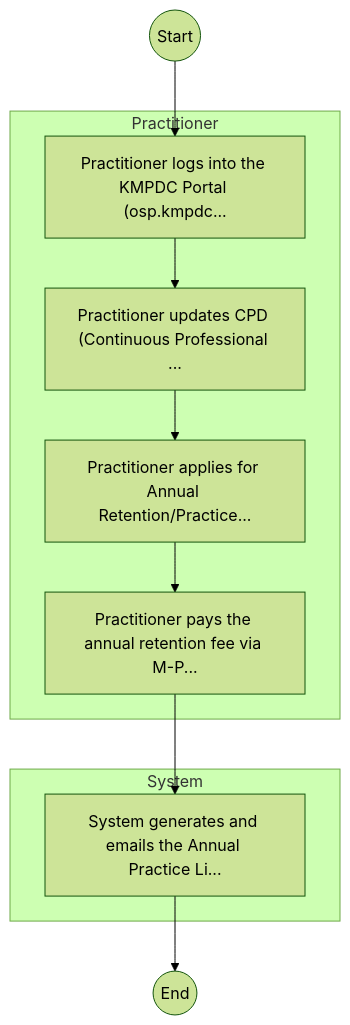
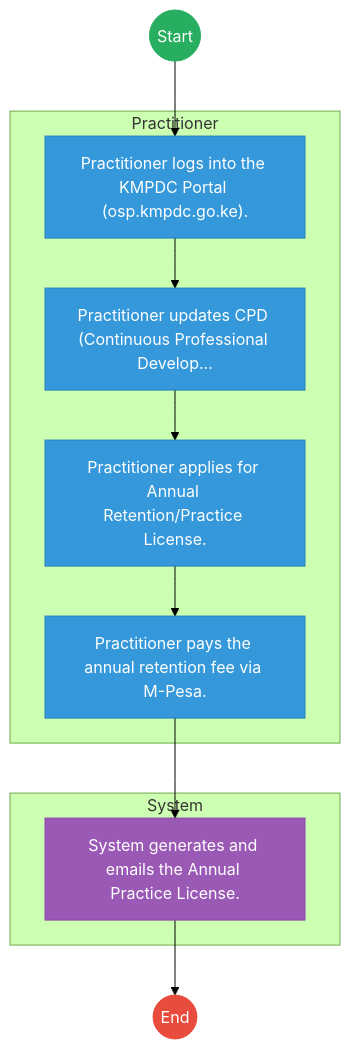
Before and after one commit to BITZ-IT-Consulting-LTD/ictapoc: the first of 2 diagrams in mdas/docs_final/Kenya_Medical_Practitioners_and_Dentists_Council___Service_Delivery.md, drawn with Mermaid (forest theme). The commit also changed other lines of this file and 461 other files, not shown here.

````diff
--- a/mdas/docs_final/Kenya_Medical_Practitioners_and_Dentists_Council___Service_Delivery.md
+++ b/mdas/docs_final/Kenya_Medical_Practitioners_and_Dentists_Council___Service_Delivery.md
@@ -20,18 +20,30 @@
 ```mermaid
 graph TD
     Start((Start)) --> S1
+
     subgraph Practitioner [Practitioner]
-        S1["Practitioner logs into the KMPDC Portal (osp.kmpdc..."]
-        S2["Practitioner updates CPD (Continuous Professional ..."]
-        S3["Practitioner applies for Annual Retention/Practice..."]
-        S4["Practitioner pays the annual retention fee via M-P..."]
+        S1["Practitioner logs into the KMPDC Portal (osp.kmpdc.go.ke)."]
+        S2["Practitioner updates CPD (Continuous Professional Develop..."]
+        S3["Practitioner applies for Annual Retention/Practice License."]
+        S4["Practitioner pays the annual retention fee via M-Pesa."]
     end
+
     subgraph System [System]
-        S5["System generates and emails the Annual Practice Li..."]
+        S5["System generates and emails the Annual Practice License."]
     end
     S1 --> S2
     S2 --> S3
     S3 --> S4
     S4 --> S5
     S5 --> End((End))
+
+    classDef start fill:#27ae60,stroke:#27ae60,color:#fff;
+    classDef endNode fill:#e74c3c,stroke:#e74c3c,color:#fff;
+    classDef userTask fill:#3498db,stroke:#2980b9,color:#fff;
+    classDef serviceTask fill:#9b59b6,stroke:#8e44ad,color:#fff;
+
+    class Start start;
+    class End endNode;
+    class S1,S2,S3,S4 userTask;
+    class S5 serviceTask;
 ```
````
